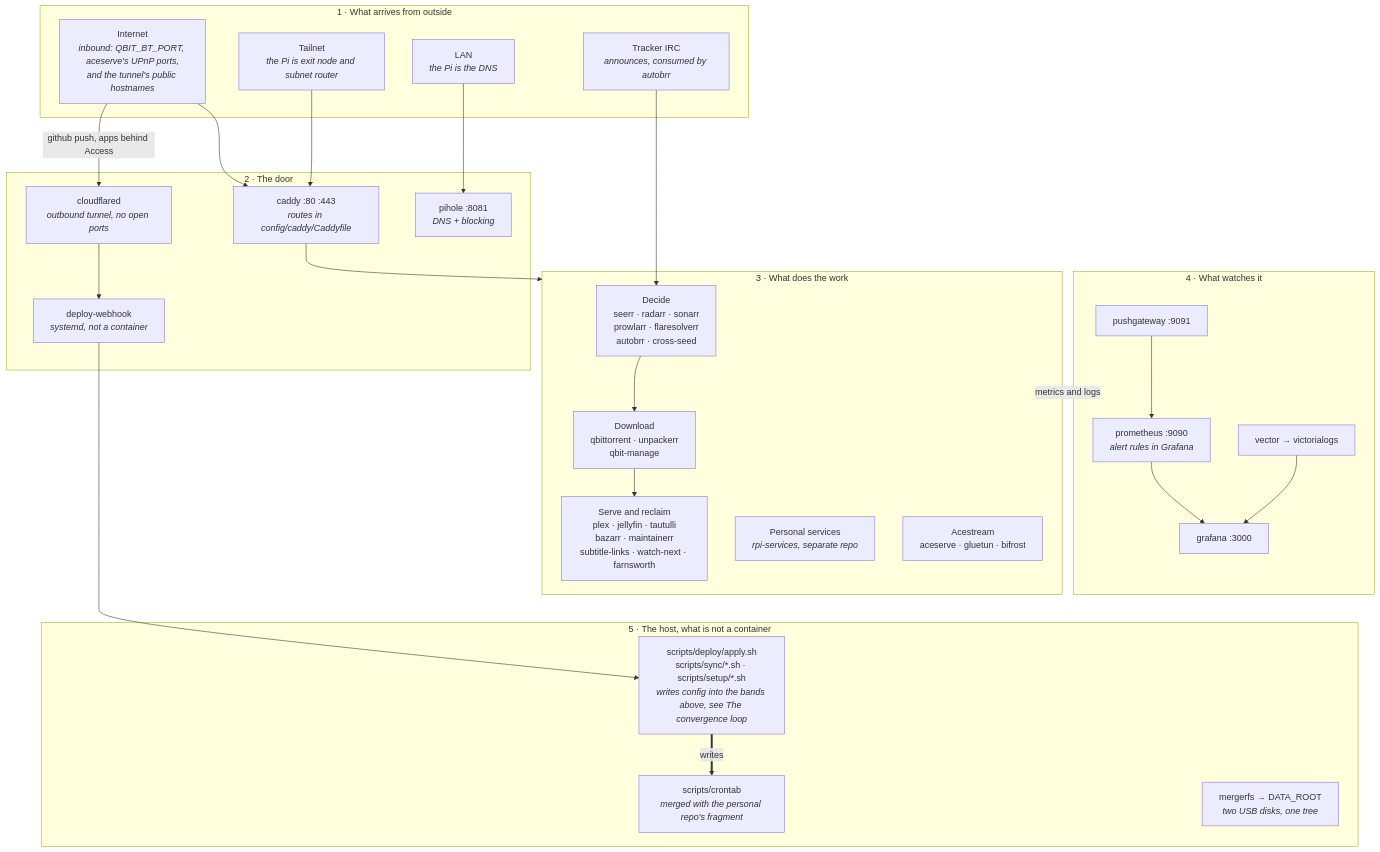
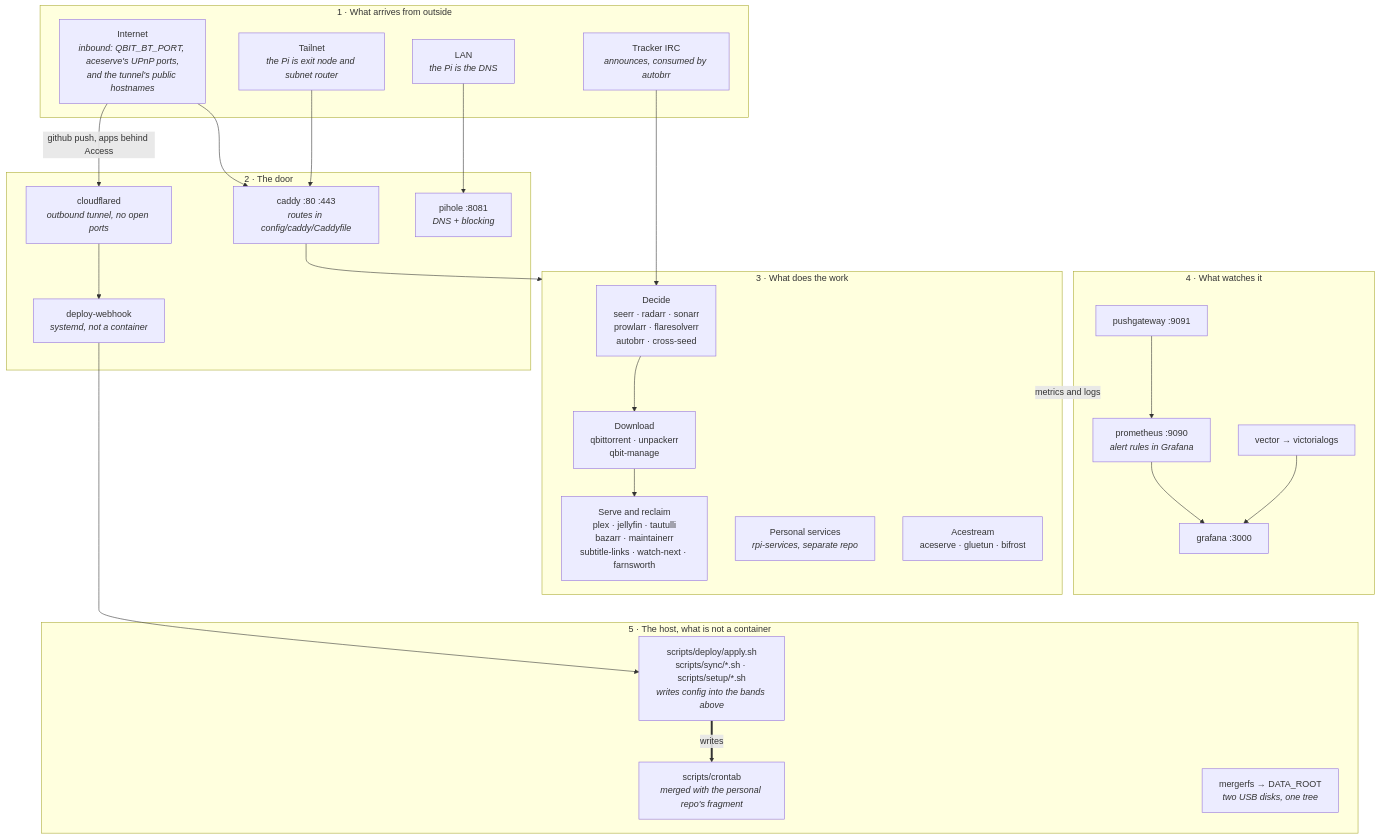
One commit to PlatanosVerdes/rpi-homeserver changed the diagram in docs/architecture.md. Above: the diagram before and after it, drawn with Mermaid. The commit also changed other lines of this file and 31 other files, not shown here.

````diff
--- a/docs/architecture.md
+++ b/docs/architecture.md
@@ -15,54 +10,54 @@
 ```mermaid
 flowchart TB
   subgraph OUT["1 · What arrives from outside"]
     NET["Internet<br/><i>inbound: QBIT_BT_PORT, aceserve's UPnP ports,<br/>and the tunnel's public hostnames</i>"]
     TS["Tailnet<br/><i>the Pi is exit node and subnet router</i>"]
     LAN["LAN<br/><i>the Pi is the DNS</i>"]
     IRC["Tracker IRC<br/><i>announces, consumed by autobrr</i>"]
   end
 
   subgraph DOOR["2 · The door"]
     CADDY["caddy :80 :443<br/><i>routes in config/caddy/Caddyfile</i>"]
     CFD["cloudflared<br/><i>outbound tunnel, no open ports</i>"]
     PIHOLE["pihole :8081<br/><i>DNS + blocking</i>"]
     HOOK["deploy-webhook<br/><i>systemd, not a container</i>"]
   end
 
   subgraph WORK["3 · What does the work"]
     DECIDE["Decide<br/>seerr · radarr · sonarr<br/>prowlarr · flaresolverr<br/>autobrr · cross-seed"]
     GET["Download<br/>qbittorrent · unpackerr<br/>qbit-manage"]
     SERVE["Serve and reclaim<br/>plex · jellyfin · tautulli<br/>bazarr · maintainerr<br/>subtitle-links · watch-next · farnsworth"]
     PERS["Personal services<br/><i>rpi-services, separate repo</i>"]
     ACE["Acestream<br/>aceserve · gluetun · bifrost"]
   end
 
   subgraph OBS["4 · What watches it"]
     PROM["prometheus :9090<br/><i>alert rules in Grafana</i>"]
     GRAF["grafana :3000"]
     PUSH["pushgateway :9091"]
     LOGS["vector → victorialogs"]
   end
 
   subgraph HOST["5 · The host, what is not a container"]
-    APPLY["scripts/deploy/apply.sh<br/>scripts/sync/*.sh · scripts/setup/*.sh<br/><i>writes config into the bands above, see The convergence loop</i>"]
+    APPLY["scripts/deploy/apply.sh<br/>scripts/sync/*.sh · scripts/setup/*.sh<br/><i>writes config into the bands above</i>"]
     CRON["scripts/crontab<br/><i>merged with the personal repo's fragment</i>"]
     FS["mergerfs → DATA_ROOT<br/><i>two USB disks, one tree</i>"]
   end
 
   NET --> CADDY
   NET -->|github push, apps behind Access| CFD
   TS --> CADDY
   LAN --> PIHOLE
   IRC --> DECIDE
   CFD --> HOOK
   CADDY --> WORK
   DECIDE --> GET --> SERVE
   WORK -. metrics and logs .-> OBS
   PUSH --> PROM --> GRAF
   LOGS --> GRAF
   HOOK --> APPLY
   APPLY ==>|writes| CRON
 
   %% every arrow points down, so the bands stack 1 to 5 in order
   GRAF ~~~ APPLY
 ```
````
